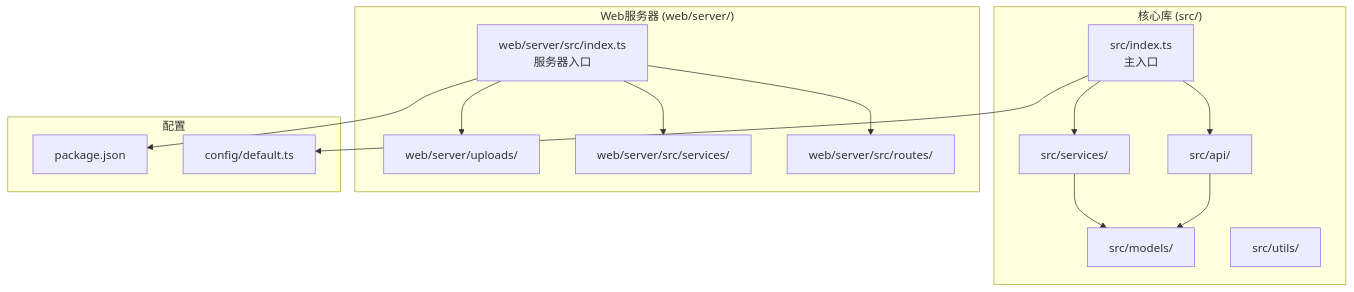
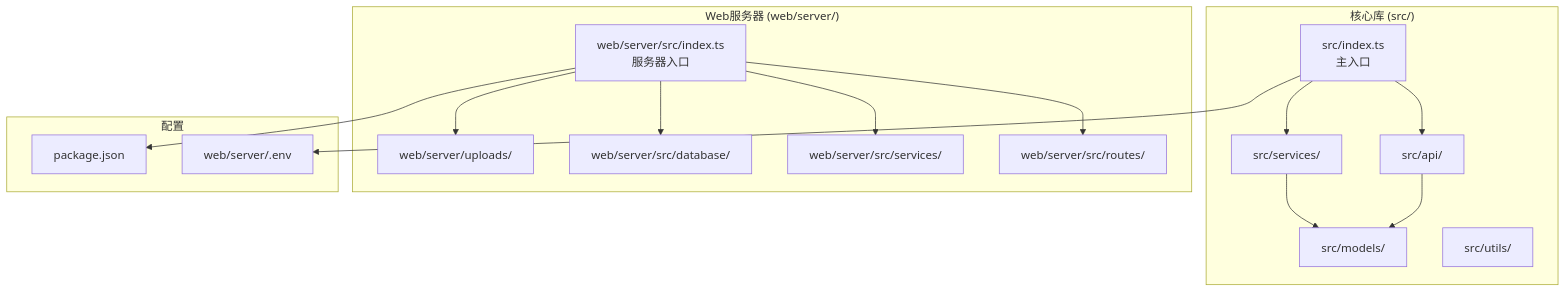
One commit to songdiyang/clawOperations changed the first of 13 diagrams in .qoder/repowiki/zh/content/Legacy Upload System Removed.md. Above: the diagram before and after it, drawn with Mermaid. The commit also changed other lines of this file and 10 other files, not shown here.

````diff
--- a/.qoder/repowiki/zh/content/Legacy Upload System Removed.md
+++ b/.qoder/repowiki/zh/content/Legacy Upload System Removed.md
@@ -40,29 +57,31 @@
 ```mermaid
 graph TB
 subgraph "核心库 (src/)"
 A[src/index.ts<br/>主入口]
 B[src/api/]
 C[src/services/]
 D[src/models/]
 E[src/utils/]
 end
 subgraph "Web服务器 (web/server/)"
 F[web/server/src/index.ts<br/>服务器入口]
 G[web/server/src/routes/]
 H[web/server/src/services/]
-I[web/server/uploads/]
+I[web/server/src/database/]
+J[web/server/uploads/]
 end
 subgraph "配置"
-J[config/default.ts]
-K[package.json]
+K[web/server/.env]
+L[package.json]
 end
 A --> B
 A --> C
 B --> D
 C --> D
 F --> G
 F --> H
 F --> I
-A --> J
-F --> K
+F --> J
+A --> K
+F --> L
 ```
````
